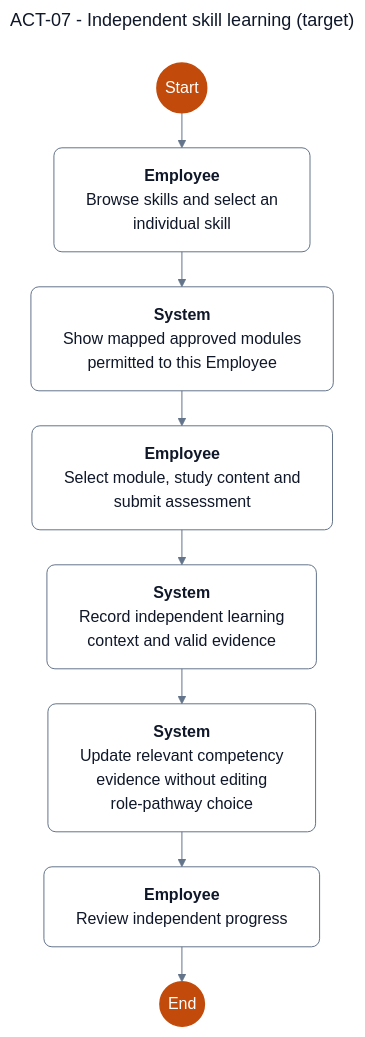
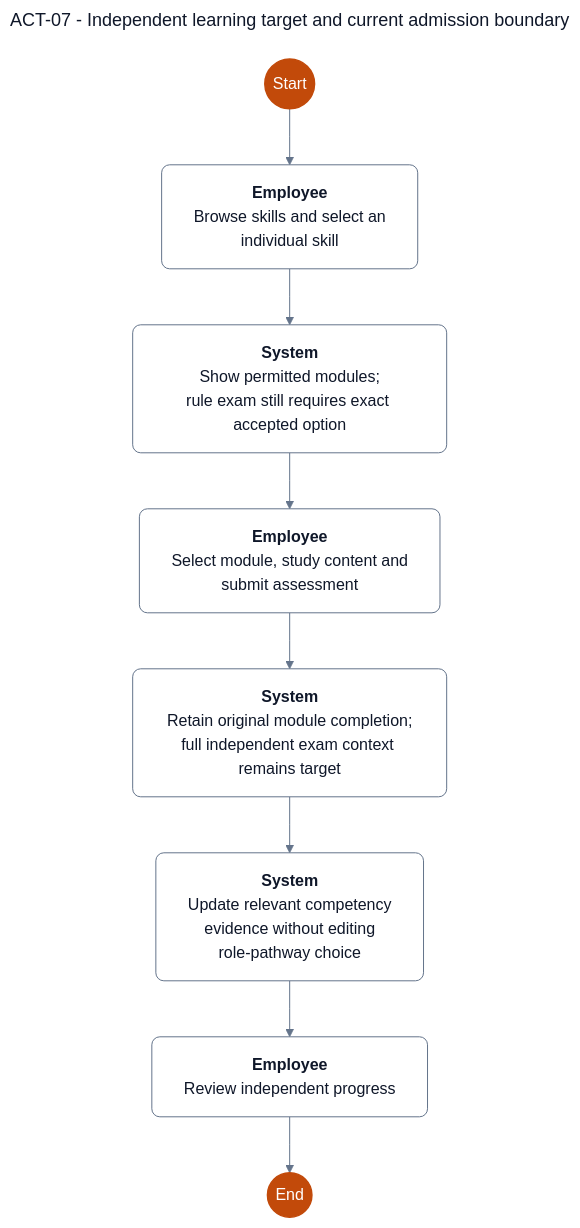
Before and after one commit to SEP490-Fall-2026-GFA26SE64/SEP490: the diagram in documents/diagrams/mermaid/act-07.mmd, drawn with Mermaid. The commit also changed 233 other files, not shown here.

First line of the commit message:
docs: align adaptive flow contracts and diagrams

```diff
--- a/documents/diagrams/mermaid/act-07.mmd
+++ b/documents/diagrams/mermaid/act-07.mmd
@@ -1,24 +1,25 @@
 ---
-title: "ACT-07 - Independent skill learning (target)"
-config: {"theme":"base","fontFamily":"Segoe UI, Arial, sans-serif","themeVariables":{"fontFamily":"Segoe UI, Arial, sans-serif","fontSize":"16px","primaryColor":"#ffffff","primaryTextColor":"#0f1729","primaryBorderColor":"#64748b","secondaryColor":"#fef3eb","tertiaryColor":"#ffffff","lineColor":"#64748b","textColor":"#0f1729","mainBkg":"#ffffff","background":"#ffffff","clusterBkg":"#ffffff","clusterBorder":"#64748b","edgeLabelBackground":"#ffffff","titleColor":"#0f1729","noteBkgColor":"#fef3eb","noteTextColor":"#0f1729","noteBorderColor":"#e6650f","secondaryBorderColor":"#64748b","tertiaryBorderColor":"#64748b","secondaryTextColor":"#0f1729","tertiaryTextColor":"#0f1729"},"layout":"elk","elk":{"mergeEdges":false,"nodePlacementStrategy":"NETWORK_SIMPLEX"},"flowchart":{"htmlLabels":true,"nodeSpacing":28,"rankSpacing":56,"curve":"linear","diagramPadding":24,"padding":16,"wrappingWidth":250}}
+title: "ACT-07 - Independent learning target and current admission boundary"
+config: {"theme":"base","fontFamily":"Segoe UI, Arial, sans-serif","themeVariables":{"fontFamily":"Segoe UI, Arial, sans-serif","fontSize":"16px","primaryColor":"#ffffff","primaryTextColor":"#0f1729","primaryBorderColor":"#64748b","secondaryColor":"#fef3eb","tertiaryColor":"#ffffff","lineColor":"#64748b","textColor":"#0f1729","mainBkg":"#ffffff","background":"#ffffff","clusterBkg":"#ffffff","clusterBorder":"#64748b","edgeLabelBackground":"#ffffff","titleColor":"#0f1729","noteBkgColor":"#fef3eb","noteTextColor":"#0f1729","noteBorderColor":"#e6650f","secondaryBorderColor":"#64748b","tertiaryBorderColor":"#64748b","secondaryTextColor":"#0f1729","tertiaryTextColor":"#0f1729"},"layout":"dagre","elk":{"mergeEdges":false,"nodePlacementStrategy":"NETWORK_SIMPLEX"},"flowchart":{"htmlLabels":true,"nodeSpacing":28,"rankSpacing":56,"curve":"linear","diagramPadding":24,"padding":16,"wrappingWidth":250}}
 ---
+
 flowchart TD
     SRS_ACT_07_N1(("Start"))
     SRS_ACT_07_N2["<b>Employee</b><br/>Browse skills and select an<br/>individual skill"]
     SRS_ACT_07_N4["<b>Employee</b><br/>Select module, study content and<br/>submit assessment"]
     SRS_ACT_07_N7["<b>Employee</b><br/>Review independent progress"]
     SRS_ACT_07_N8(("End"))
-    SRS_ACT_07_N3["<b>System</b><br/>Show mapped approved modules<br/>permitted to this Employee"]
-    SRS_ACT_07_N5["<b>System</b><br/>Record independent learning<br/>context and valid evidence"]
+    SRS_ACT_07_N3["<b>System</b><br/>Show permitted modules;<br/>rule exam still requires exact accepted option"]
+    SRS_ACT_07_N5["<b>System</b><br/>Retain original module completion;<br/>full independent exam context remains target"]
     SRS_ACT_07_N6["<b>System</b><br/>Update relevant competency<br/>evidence without editing<br/>role-pathway choice"]
   SRS_ACT_07_N1 --> SRS_ACT_07_N2
   SRS_ACT_07_N2 --> SRS_ACT_07_N3
   SRS_ACT_07_N3 --> SRS_ACT_07_N4
   SRS_ACT_07_N4 --> SRS_ACT_07_N5
   SRS_ACT_07_N5 --> SRS_ACT_07_N6
   SRS_ACT_07_N6 --> SRS_ACT_07_N7
   SRS_ACT_07_N7 --> SRS_ACT_07_N8
 
   classDef default fill:#ffffff,stroke:#64748b,color:#0f1729,stroke-width:1px,rx:8,ry:8
   classDef entry fill:#c24a0a,stroke:#c24a0a,color:#ffffff,stroke-width:1.5px
   class SRS_ACT_07_N1,SRS_ACT_07_N8 entry
```
